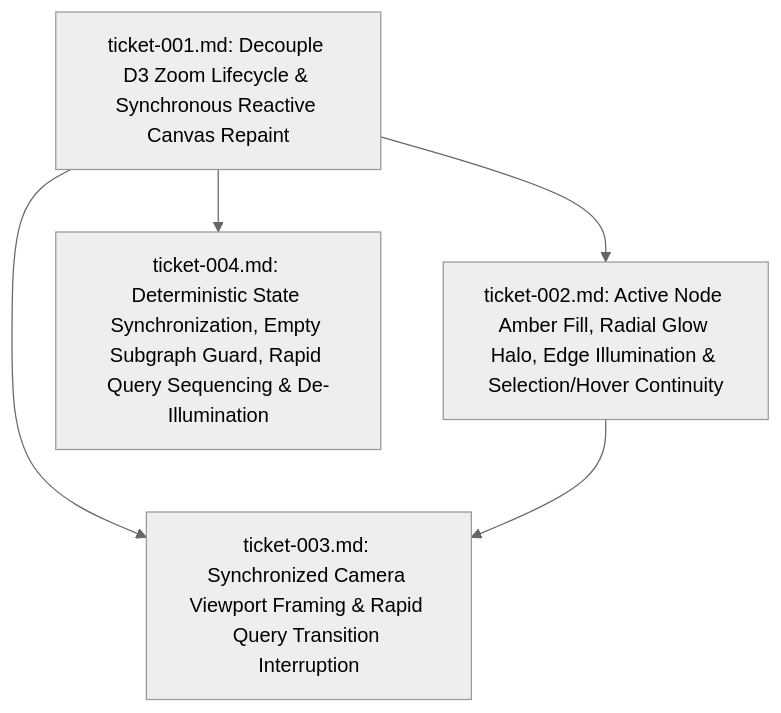
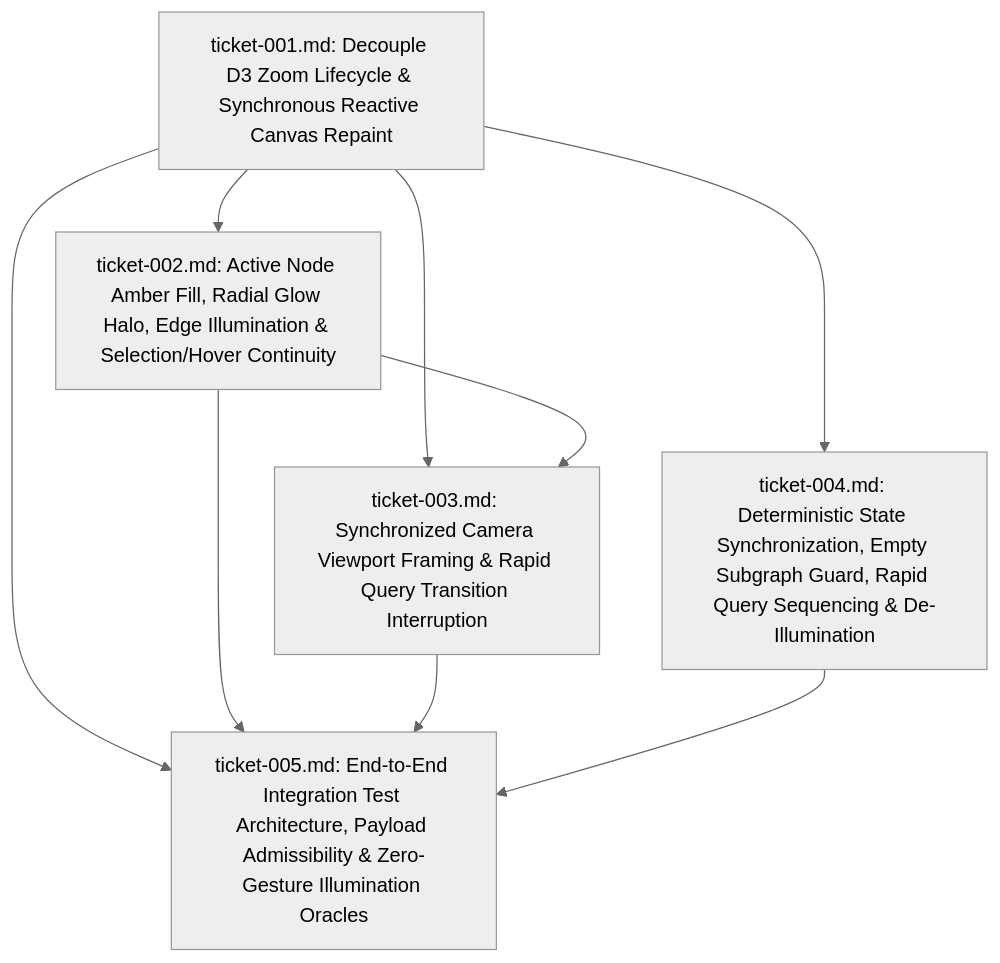
Before and after one commit to LuisP1028/LAG: the diagram in wayfinder/20261013T194318-162-mbmi/map.md, drawn with Mermaid (neutral theme). The commit also changed other lines of this file and 3 other files, not shown here.

Commit message:
wayfinder-test-plan(20261013T194318-162-mbmi): chart ticket-005.md, test-matrix.md, map.md, and handoff/20261013T194318-162-mbmi/test-plan.txt

````diff
--- a/wayfinder/20261013T194318-162-mbmi/map.md
+++ b/wayfinder/20261013T194318-162-mbmi/map.md
@@ -22,12 +22,17 @@
 ```mermaid
 flowchart TD
     T001["ticket-001.md: Decouple D3 Zoom Lifecycle & Synchronous Reactive Canvas Repaint"]
     T002["ticket-002.md: Active Node Amber Fill, Radial Glow Halo, Edge Illumination & Selection/Hover Continuity"]
     T003["ticket-003.md: Synchronized Camera Viewport Framing & Rapid Query Transition Interruption"]
     T004["ticket-004.md: Deterministic State Synchronization, Empty Subgraph Guard, Rapid Query Sequencing & De-Illumination"]
+    T005["ticket-005.md: End-to-End Integration Test Architecture, Payload Admissibility & Zero-Gesture Illumination Oracles"]
 
     T001 --> T002
     T001 --> T003
     T002 --> T003
     T001 --> T004
+    T001 --> T005
+    T002 --> T005
+    T003 --> T005
+    T004 --> T005
 ```
````
